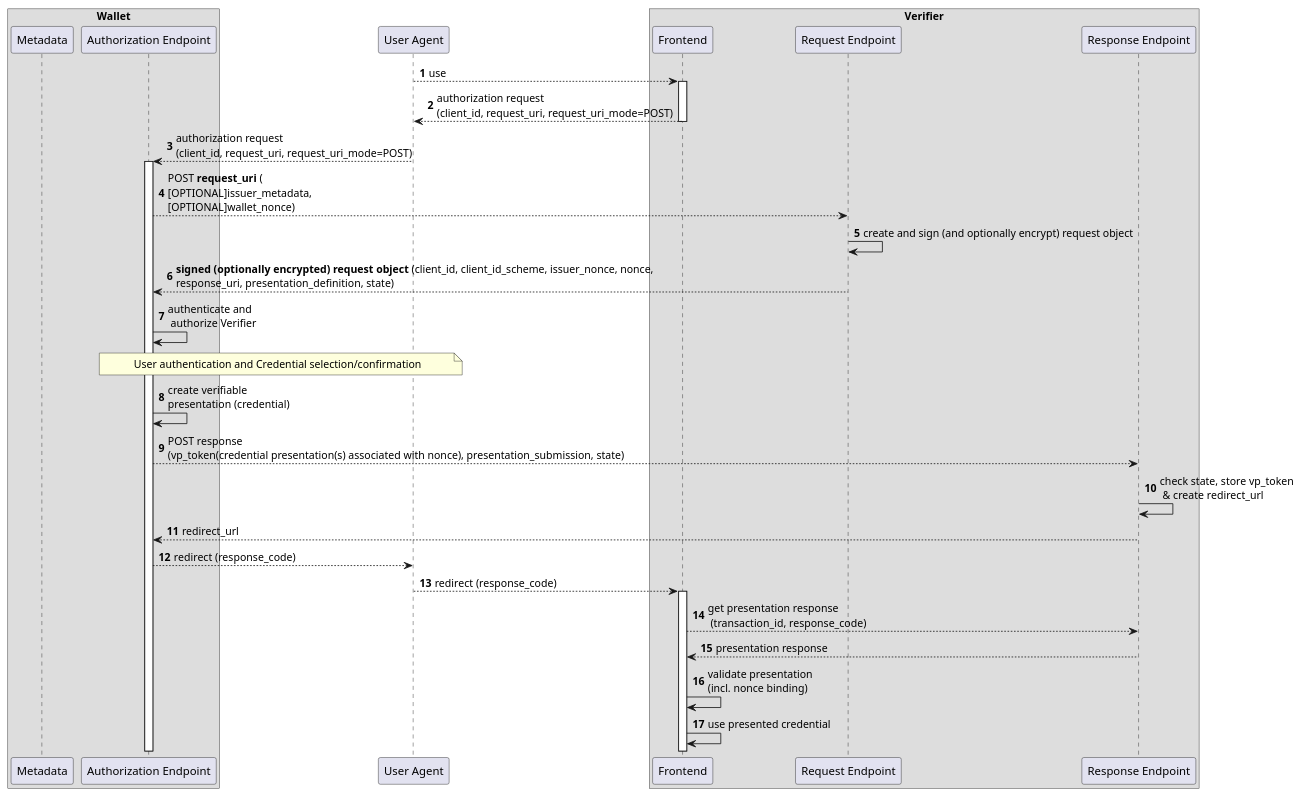
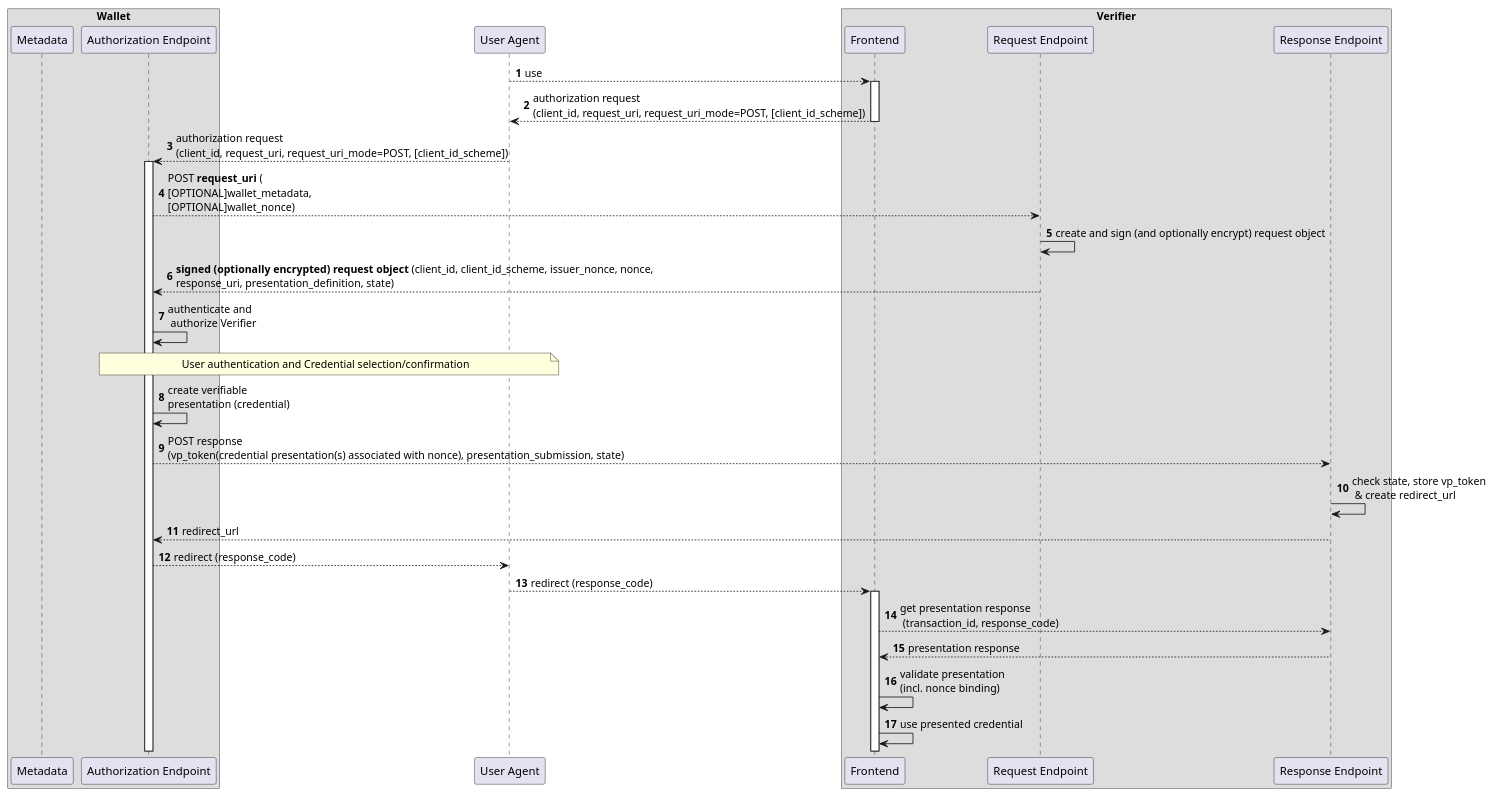
One commit to openid/OpenID4VP changed the diagram in diagrams/request_uri_mode_post.md. Above: the diagram before and after it, drawn with PlantUML. The commit also changed 1 other file, not shown here.

Commit message:
Apply suggestions from code review
apply suggestions from peppelinux

````diff
--- a/diagrams/request_uri_mode_post.md
+++ b/diagrams/request_uri_mode_post.md
@@ -1,45 +1,45 @@
 ```plantuml
 @startuml
 
 autonumber
 
 box "Wallet"
 participant "Metadata" as wm
 participant "Authorization Endpoint" as w
 end box
 
 participant "User Agent" as u
 
 box "Verifier"
 participant "Frontend" as r
 participant "Request Endpoint" as rp
 participant "Response Endpoint" as rb
 end box
 
 u --> r : use
 activate r
 
-r --> u: authorization request\n(client_id, request_uri, request_uri_mode=POST)
+r --> u: authorization request\n(client_id, request_uri, request_uri_mode=POST, [client_id_scheme])
 deactivate r
-u --> w: authorization request\n(client_id, request_uri, request_uri_mode=POST)
+u --> w: authorization request\n(client_id, request_uri, request_uri_mode=POST, [client_id_scheme])
 activate w
-w --> rp: POST **request_uri** (\n[OPTIONAL]issuer_metadata, \n[OPTIONAL]wallet_nonce)
+w --> rp: POST **request_uri** (\n[OPTIONAL]wallet_metadata, \n[OPTIONAL]wallet_nonce)
 rp -> rp: create and sign (and optionally encrypt) request object 
 rp --> w: **signed (optionally encrypted) request object** (client_id, client_id_scheme, issuer_nonce, nonce, \nresponse_uri, presentation_definition, state)
 w -> w: authenticate and\n authorize Verifier
 
 note over u, w: User authentication and Credential selection/confirmation
 
 w -> w: create verifiable\npresentation (credential)
 w --> rb: POST response \n(vp_token(credential presentation(s) associated with nonce), presentation_submission, state)
 rb -> rb: check state, store vp_token\n & create redirect_url
 rb --> w: redirect_url
 w --> u: redirect (response_code)
 u --> r: redirect (response_code)
 activate r
 r --> rb: get presentation response\n (transaction_id, response_code)
 rb --> r: presentation response
 r -> r: validate presentation \n(incl. nonce binding)
 r -> r: use presented credential 
 @enduml
 ```
````
